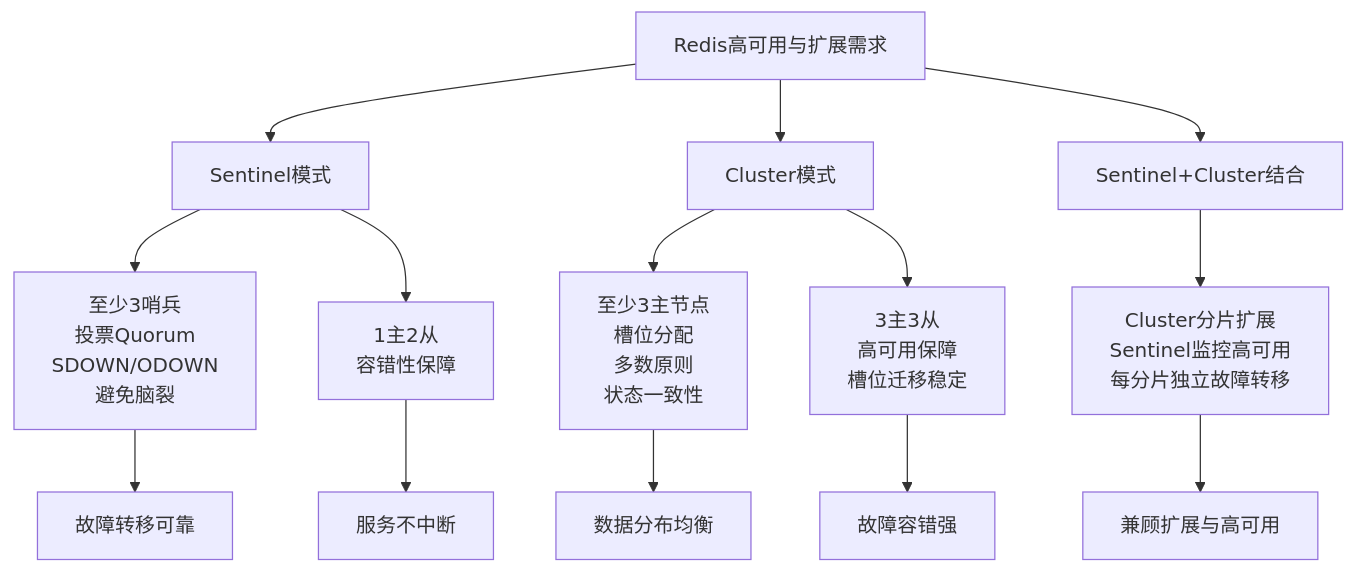
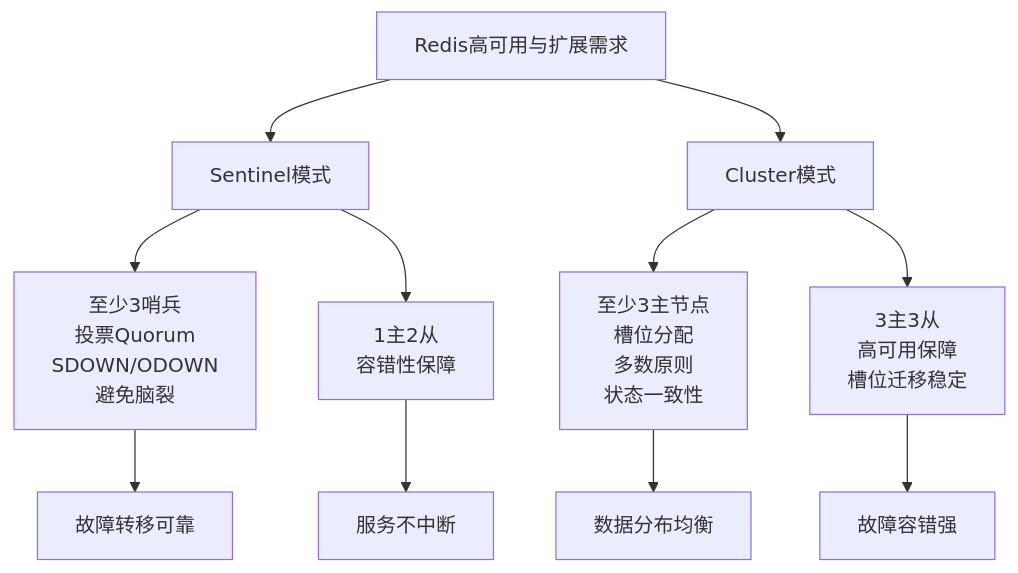
Before and after one commit to Tender-Liu/LinuxDevOps: diagram 12 of 12 in 缓存与消息队列/Redis企业级实践：从单机优化到分布式架构.md, drawn with Mermaid. The commit also changed other lines of this file, not shown here.

````diff
--- a/缓存与消息队列/Redis企业级实践：从单机优化到分布式架构.md
+++ b/缓存与消息队列/Redis企业级实践：从单机优化到分布式架构.md
@@ -1358,16 +1346,13 @@
 ```mermaid
 graph TD
     A[Redis高可用与扩展需求] --> B[Sentinel模式]
     A --> C[Cluster模式]
-    A --> D[Sentinel+Cluster结合]
     B --> E[至少3哨兵<br>投票Quorum<br>SDOWN/ODOWN<br>避免脑裂]
     B --> F[1主2从<br>容错性保障]
     C --> G[至少3主节点<br>槽位分配<br>多数原则<br>状态一致性]
     C --> H[3主3从<br>高可用保障<br>槽位迁移稳定]
-    D --> I[Cluster分片扩展<br>Sentinel监控高可用<br>每分片独立故障转移]
     E --> J[故障转移可靠]
     F --> K[服务不中断]
     G --> L[数据分布均衡]
     H --> M[故障容错强]
-    I --> N[兼顾扩展与高可用]
 ```
````
